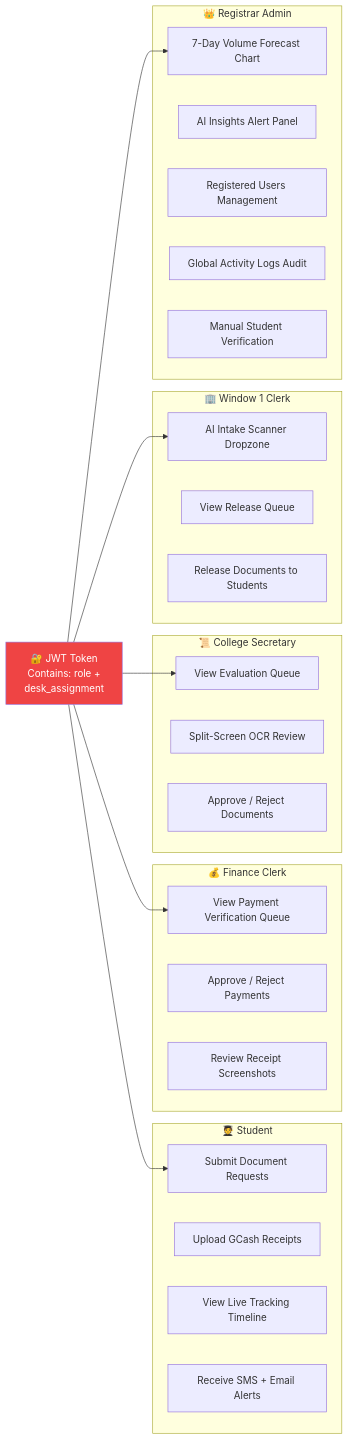
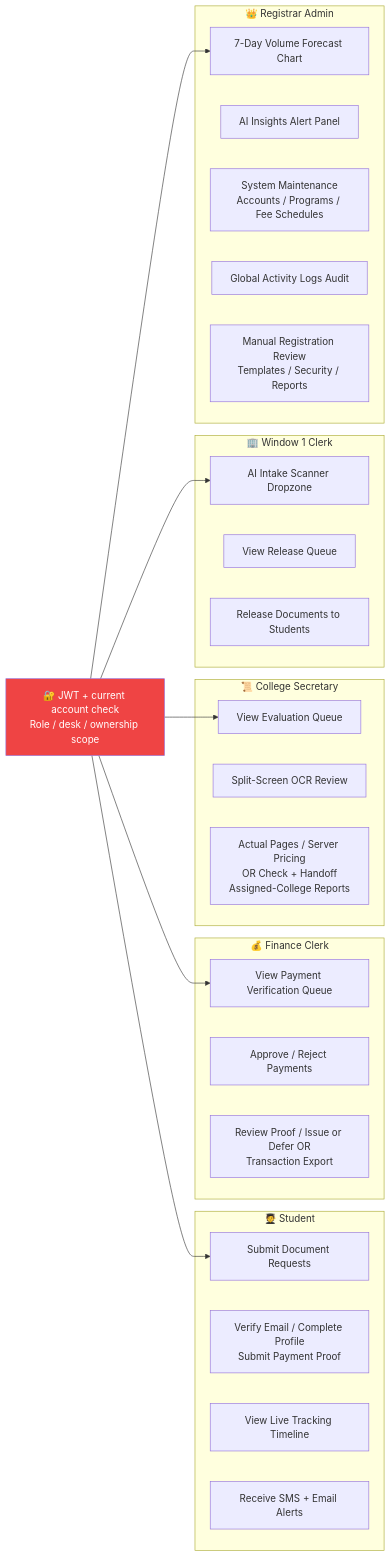
One commit to mafuyyuuu/Project-TRACE changed the fourth of 5 diagrams in docs/CAPSTONE_DEFENSE_GUIDE.md. Above: the diagram before and after it, drawn with Mermaid. The commit also changed other lines of this file and 125 other files, not shown here.

````diff
--- a/docs/CAPSTONE_DEFENSE_GUIDE.md
+++ b/docs/CAPSTONE_DEFENSE_GUIDE.md
@@ -187,39 +196,39 @@
 ```mermaid
 flowchart LR
     subgraph "🧑‍🎓 Student"
         S1["Submit Document Requests"]
-        S2["Upload GCash Receipts"]
+        S2["Verify Email / Complete Profile<br/>Submit Payment Proof"]
         S3["View Live Tracking Timeline"]
         S4["Receive SMS + Email Alerts"]
     end
 
     subgraph "💰 Finance Clerk"
         F1["View Payment Verification Queue"]
         F2["Approve / Reject Payments"]
-        F3["Review Receipt Screenshots"]
+        F3["Review Proof / Issue or Defer OR<br/>Transaction Export"]
     end
 
     subgraph "📜 College Secretary"
         SE1["View Evaluation Queue"]
         SE2["Split-Screen OCR Review"]
-        SE3["Approve / Reject Documents"]
+        SE3["Actual Pages / Server Pricing<br/>OR Check + Handoff<br/>Assigned-College Reports"]
     end
 
     subgraph "🏢 Window 1 Clerk"
         W1A["AI Intake Scanner Dropzone"]
         W1B["View Release Queue"]
         W1C["Release Documents to Students"]
     end
 
     subgraph "👑 Registrar Admin"
         A1["7-Day Volume Forecast Chart"]
         A2["AI Insights Alert Panel"]
-        A3["Registered Users Management"]
+        A3["System Maintenance<br/>Accounts / Programs / Fee Schedules"]
         A4["Global Activity Logs Audit"]
-        A5["Manual Student Verification"]
+        A5["Manual Registration Review<br/>Templates / Security / Reports"]
     end
 
-    JWT["🔐 JWT Token<br/>Contains: role +<br/>desk_assignment"] --> S1 & F1 & SE1 & W1A & A1
+    JWT["🔐 JWT + current account check<br/>Role / desk / ownership scope"] --> S1 & F1 & SE1 & W1A & A1
 
     style JWT fill:#ef4444,color:#fff
 ```
````
